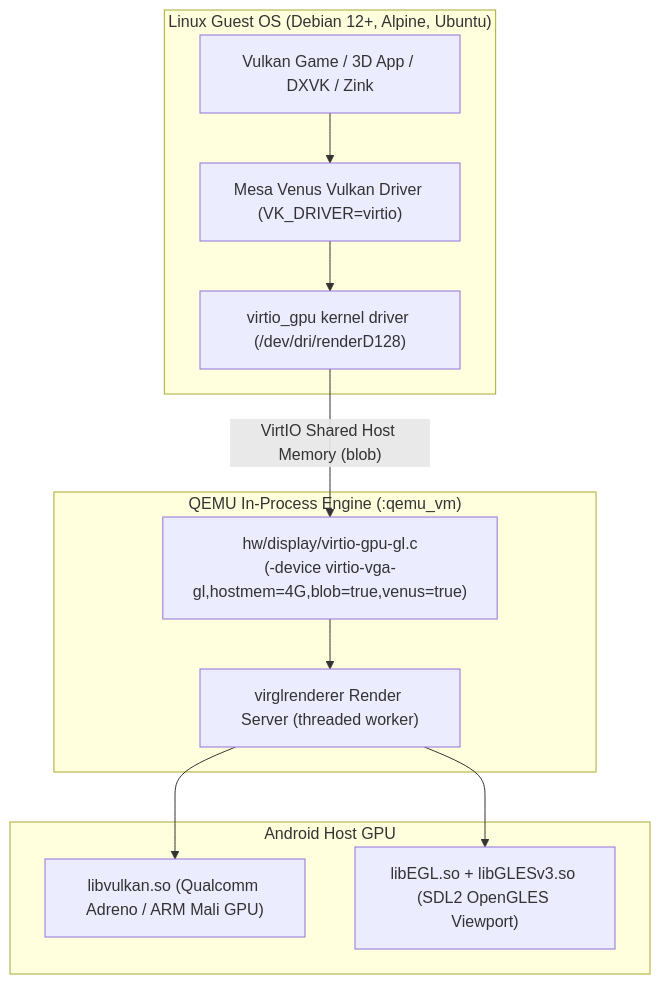
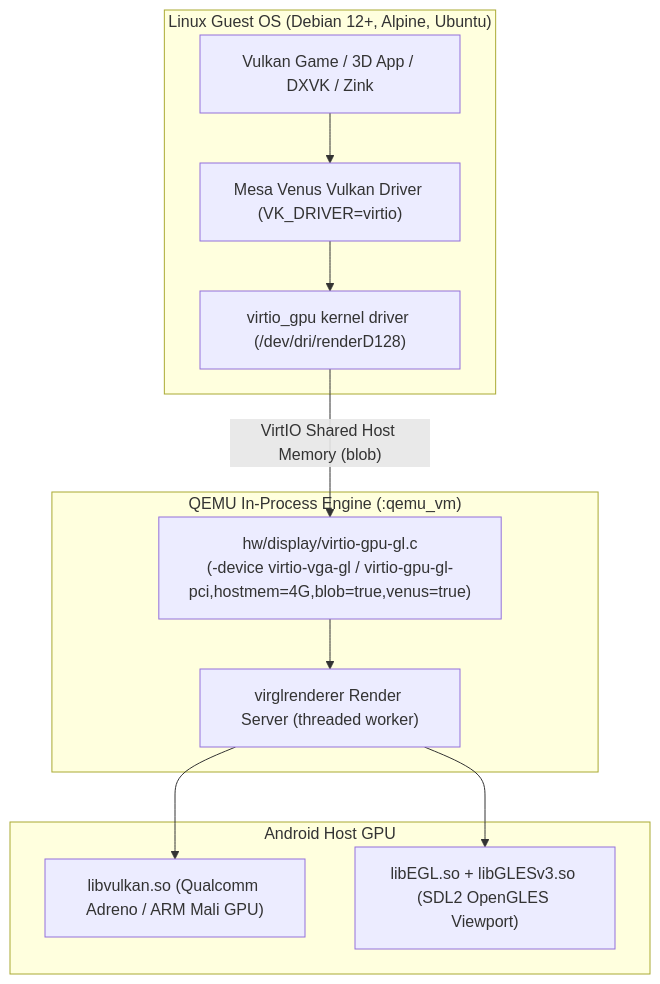
One commit to kaikunxp/QemuSDL changed the second of 3 diagrams in README.md. Above: the diagram before and after it, drawn with Mermaid. The commit also changed other lines of this file and 35 other files, not shown here.

````diff
--- a/README.md
+++ b/README.md
@@ -106,25 +133,25 @@
 ```mermaid
 flowchart TD
     subgraph GuestOS["Linux Guest OS (Debian 12+, Alpine, Ubuntu)"]
         GuestApp["Vulkan Game / 3D App / DXVK / Zink"]
         MesaVenus["Mesa Venus Vulkan Driver (VK_DRIVER=virtio)"]
         VirtIoDri["virtio_gpu kernel driver (/dev/dri/renderD128)"]
     end
 
     subgraph QemuProcess["QEMU In-Process Engine (:qemu_vm)"]
-        QemuVirtio["hw/display/virtio-gpu-gl.c\n(-device virtio-vga-gl,hostmem=4G,blob=true,venus=true)"]
+        QemuVirtio["hw/display/virtio-gpu-gl.c\n(-device virtio-vga-gl / virtio-gpu-gl-pci,hostmem=4G,blob=true,venus=true)"]
         VirglServer["virglrenderer Render Server (threaded worker)"]
     end
 
     subgraph AndroidGPU["Android Host GPU"]
         HostVulkan["libvulkan.so (Qualcomm Adreno / ARM Mali GPU)"]
         HostEgl["libEGL.so + libGLESv3.so (SDL2 OpenGLES Viewport)"]
     end
 
     GuestApp --> MesaVenus
     MesaVenus --> VirtIoDri
     VirtIoDri -->|"VirtIO Shared Host Memory (blob)"| QemuVirtio
     QemuVirtio --> VirglServer
     VirglServer --> HostVulkan
     VirglServer --> HostEgl
 ```
````
